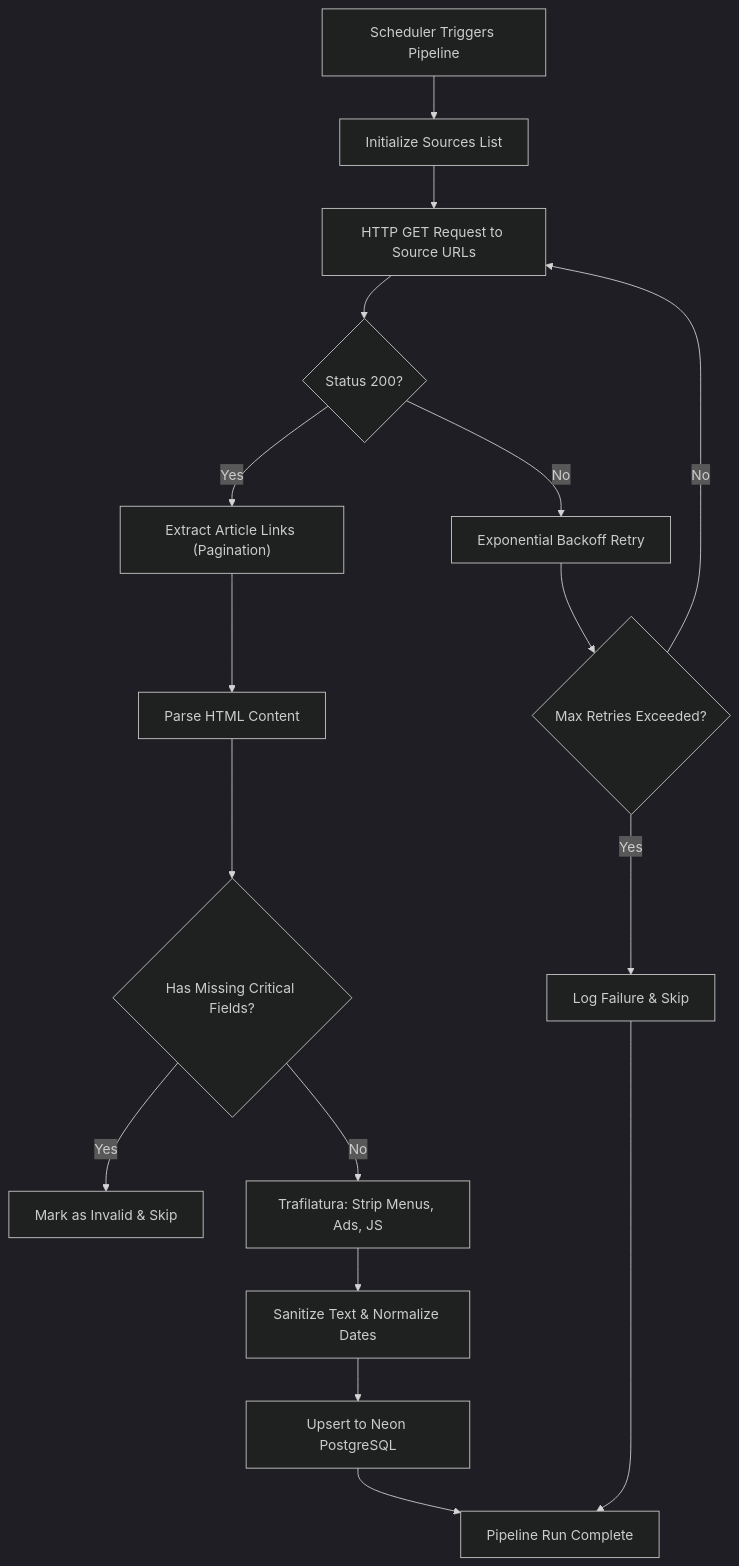
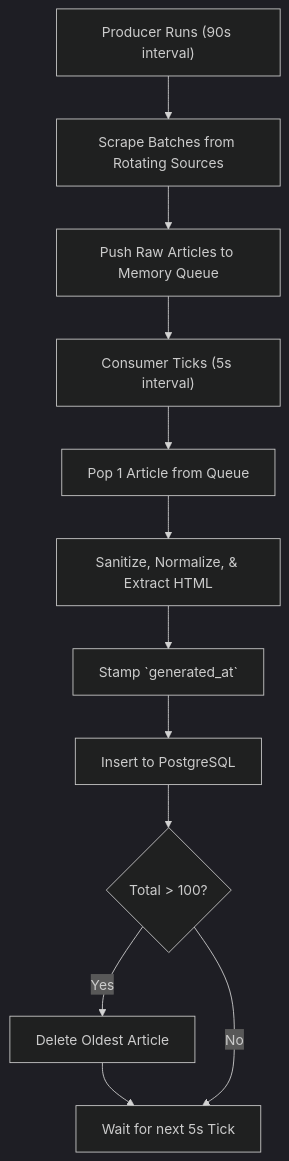
The second of 2 diagrams in README.md (amansingh4012/Tech-Pulse), drawn with Mermaid (dark theme) before and after one commit. The commit also changed other lines of this file, not shown here.

Commit message:
docs: update architecture diagrams and documentation to reflect the new producer-consumer pipeline with 5s consumer interval and 100-article cap

````diff
--- a/README.md
+++ b/README.md
@@ -68,21 +68,16 @@
 ```mermaid
 flowchart TD
-    Start["Scheduler Triggers Pipeline"] --> Init["Initialize Sources List"]
-    Init --> Fetch["HTTP GET Request to Source URLs"]
-    Fetch --> Check1{"Status 200?"}
-    Check1 -- No --> Retry["Exponential Backoff Retry"]
-    Retry --> Check2{"Max Retries Exceeded?"}
-    Check2 -- Yes --> LogError["Log Failure & Skip"]
-    Check2 -- No --> Fetch
+    Start["Producer Runs (90s interval)"] --> Scrape["Scrape Batches from Rotating Sources"]
+    Scrape --> Queue["Push Raw Articles to Memory Queue"]
     
-    Check1 -- Yes --> Extract["Extract Article Links (Pagination)"]
-    Extract --> Parse["Parse HTML Content"]
-    Parse --> Clean{"Has Missing Critical Fields?"}
-    Clean -- Yes --> Skip["Mark as Invalid & Skip"]
-    Clean -- No --> RemoveNoise["Trafilatura: Strip Menus, Ads, JS"]
-    RemoveNoise --> Sanitize["Sanitize Text & Normalize Dates"]
+    Queue --> Ticker["Consumer Ticks (5s interval)"]
+    Ticker --> Pop["Pop 1 Article from Queue"]
+    Pop --> Clean["Sanitize, Normalize, & Extract HTML"]
+    Clean --> Timestamp["Stamp `generated_at`"]
     
-    Sanitize --> Upsert["Upsert to Neon PostgreSQL"]
-    Upsert --> Success["Pipeline Run Complete"]
-    LogError --> Success
+    Timestamp --> DB["Insert to PostgreSQL"]
+    DB --> EnforceCap{"Total > 100?"}
+    EnforceCap -- Yes --> Prune["Delete Oldest Article"]
+    Prune --> Finish["Wait for next 5s Tick"]
+    EnforceCap -- No --> Finish
 ```
````
